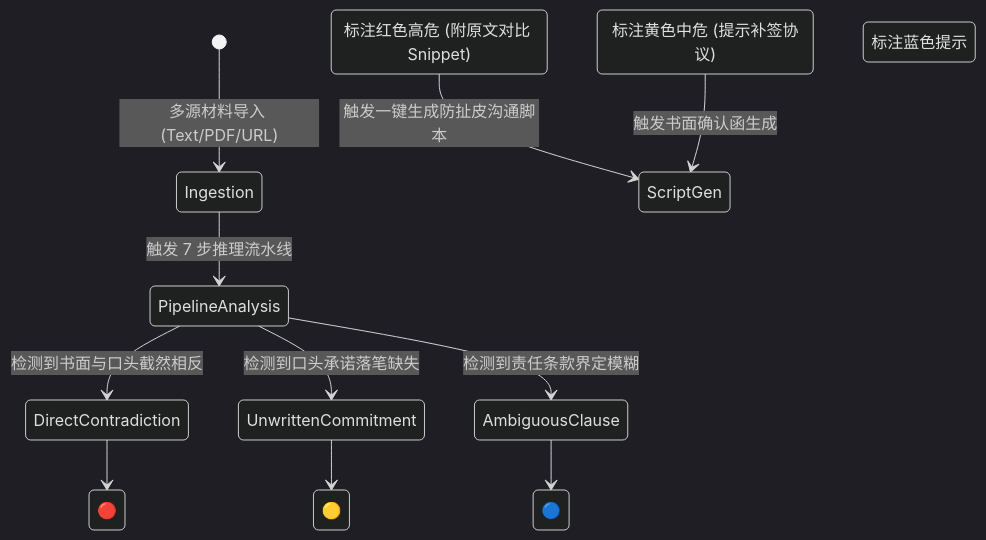
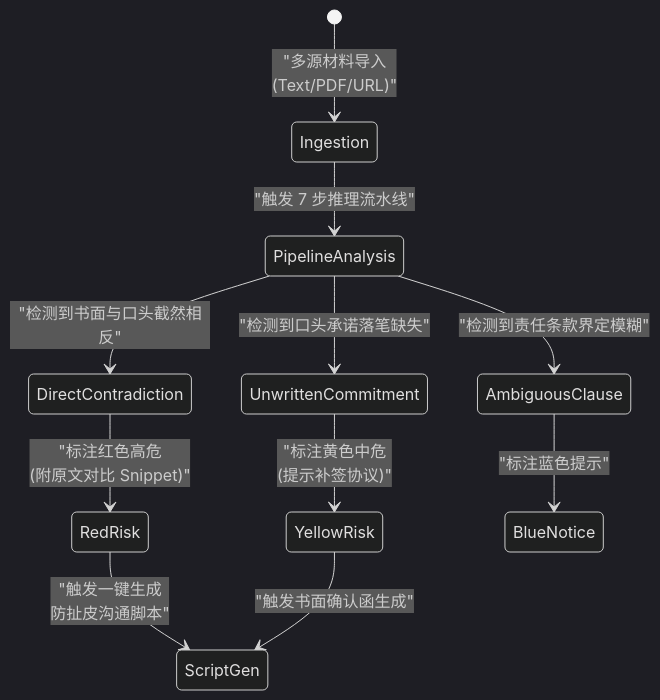
The third of 3 diagrams in README.md (MeiSiristhebest/youju), drawn with Mermaid (dark theme) before and after one commit. The commit also changed other lines of this file and 1 other file, not shown here.

Commit message:
docs(readme): optimize zh + en; fix Mermaid (emoji→text, quotes), badges, add Security & Contributing, expected outputs

````diff
--- a/README.md
+++ b/README.md
@@ -116,13 +116,13 @@
 ```mermaid
 stateDiagram-v2
-    [*] --> Ingestion : 多源材料导入 (Text/PDF/URL)
-    Ingestion --> PipelineAnalysis : 触发 7 步推理流水线
-    PipelineAnalysis --> DirectContradiction : 检测到书面与口头截然相反
-    PipelineAnalysis --> UnwrittenCommitment : 检测到口头承诺落笔缺失
-    PipelineAnalysis --> AmbiguousClause : 检测到责任条款界定模糊
-    DirectContradiction --> 🔴 RedRisk : 标注红色高危 (附原文对比 Snippet)
-    UnwrittenCommitment --> 🟡 YellowRisk : 标注黄色中危 (提示补签协议)
-    AmbiguousClause --> 🔵 BlueNotice : 标注蓝色提示
-    🔴 RedRisk --> ScriptGen : 触发一键生成防扯皮沟通脚本
-    🟡 YellowRisk --> ScriptGen : 触发书面确认函生成
+    [*] --> Ingestion : "多源材料导入<br/>(Text/PDF/URL)"
+    Ingestion --> PipelineAnalysis : "触发 7 步推理流水线"
+    PipelineAnalysis --> DirectContradiction : "检测到书面与口头截然相反"
+    PipelineAnalysis --> UnwrittenCommitment : "检测到口头承诺落笔缺失"
+    PipelineAnalysis --> AmbiguousClause : "检测到责任条款界定模糊"
+    DirectContradiction --> RedRisk : "标注红色高危<br/>(附原文对比 Snippet)"
+    UnwrittenCommitment --> YellowRisk : "标注黄色中危<br/>(提示补签协议)"
+    AmbiguousClause --> BlueNotice : "标注蓝色提示"
+    RedRisk --> ScriptGen : "触发一键生成<br/>防扯皮沟通脚本"
+    YellowRisk --> ScriptGen : "触发书面确认函生成"
 ```
````
